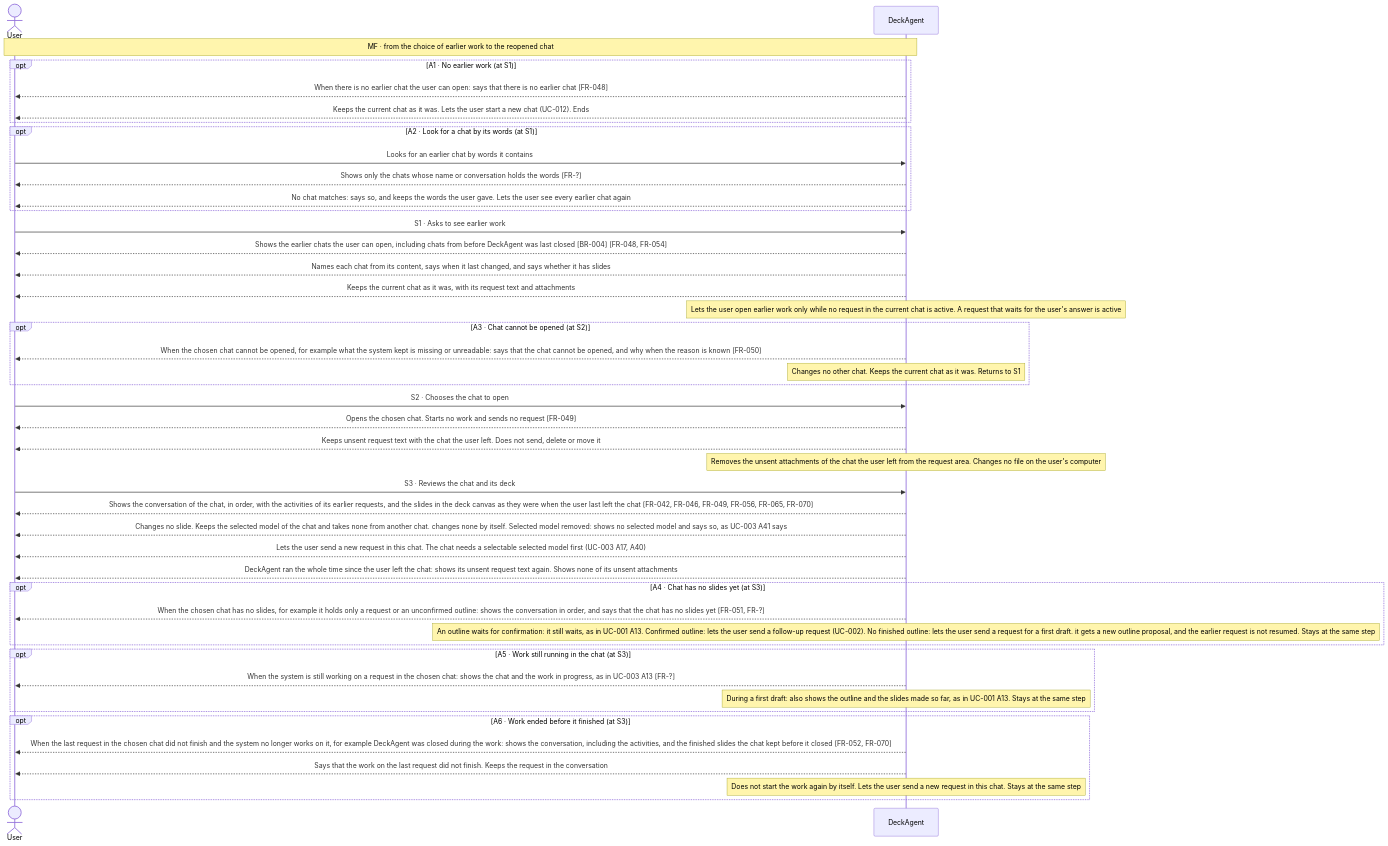
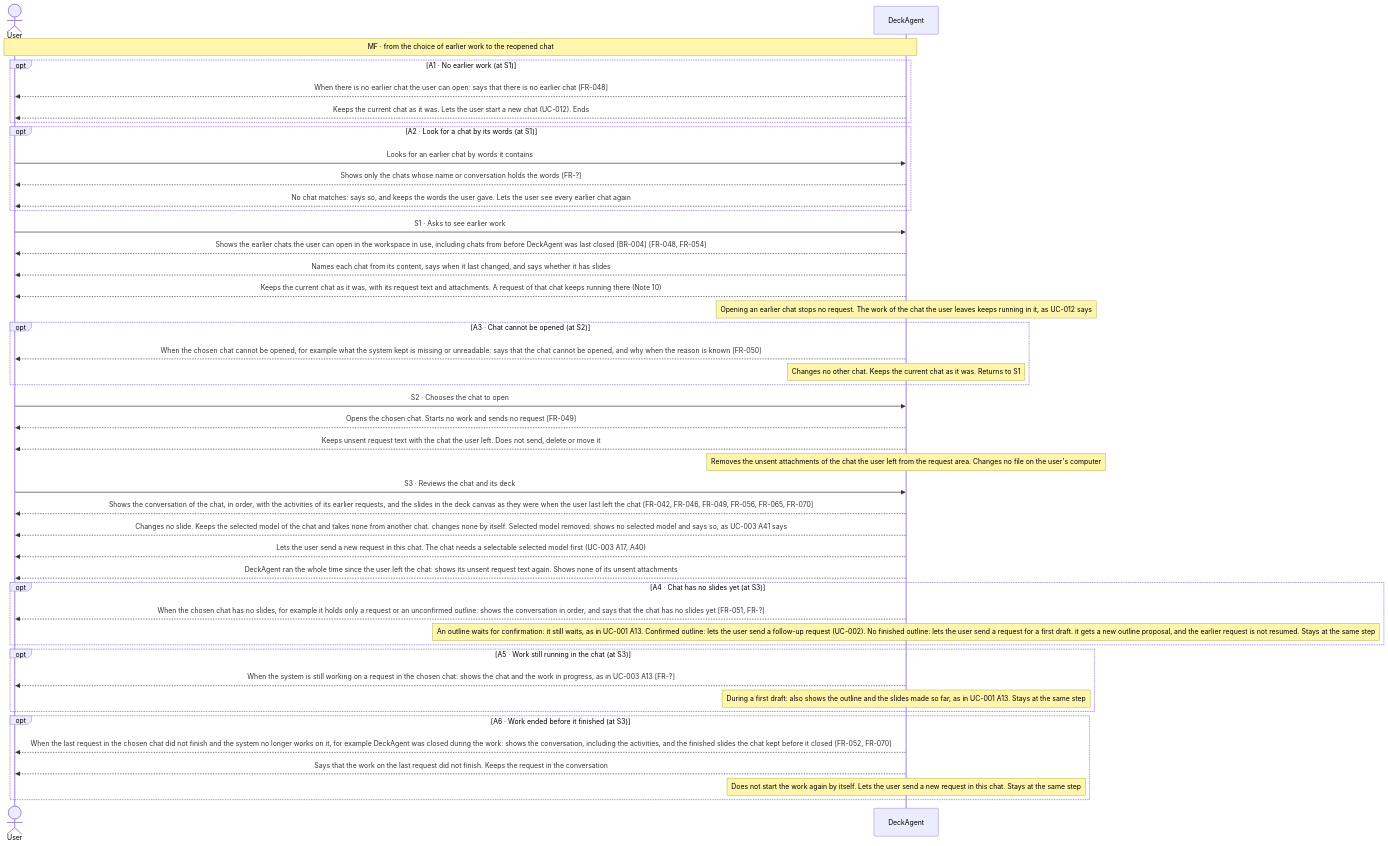
The diagram in docs/spec/03-use-cases/UC-006.md (Luke23127006/DeckAgent), drawn with Mermaid before and after one commit. The commit also changed other lines of this file and 30 other files, not shown here.

````diff
--- a/docs/spec/03-use-cases/UC-006.md
+++ b/docs/spec/03-use-cases/UC-006.md
@@ -43,46 +43,46 @@
 ```mermaid
 sequenceDiagram
     actor User
     participant DeckAgent
     Note over User,DeckAgent: MF · from the choice of earlier work to the reopened chat
     opt A1 · No earlier work (at S1)
         DeckAgent-->>User: When there is no earlier chat the user can open: says that there is no earlier chat [FR-048]
         DeckAgent-->>User: Keeps the current chat as it was. Lets the user start a new chat (UC-012). Ends
     end
     opt A2 · Look for a chat by its words (at S1)
         User->>DeckAgent: Looks for an earlier chat by words it contains
         DeckAgent-->>User: Shows only the chats whose name or conversation holds the words [FR-?]
         DeckAgent-->>User: No chat matches: says so, and keeps the words the user gave. Lets the user see every earlier chat again
     end
     User->>DeckAgent: S1 · Asks to see earlier work
-    DeckAgent-->>User: Shows the earlier chats the user can open, including chats from before DeckAgent was last closed [BR-004] [FR-048, FR-054]
+    DeckAgent-->>User: Shows the earlier chats the user can open in the workspace in use, including chats from before DeckAgent was last closed [BR-004] [FR-048, FR-054]
     DeckAgent-->>User: Names each chat from its content, says when it last changed, and says whether it has slides
-    DeckAgent-->>User: Keeps the current chat as it was, with its request text and attachments
-    note over DeckAgent: Lets the user open earlier work only while no request in the current chat is active. A request that waits for the user's answer is active
+    DeckAgent-->>User: Keeps the current chat as it was, with its request text and attachments. A request of that chat keeps running there (Note 10)
+    note over DeckAgent: Opening an earlier chat stops no request. The work of the chat the user leaves keeps running in it, as UC-012 says
     opt A3 · Chat cannot be opened (at S2)
         DeckAgent-->>User: When the chosen chat cannot be opened, for example what the system kept is missing or unreadable: says that the chat cannot be opened, and why when the reason is known [FR-050]
         note over DeckAgent: Changes no other chat. Keeps the current chat as it was. Returns to S1
     end
     User->>DeckAgent: S2 · Chooses the chat to open
     DeckAgent-->>User: Opens the chosen chat. Starts no work and sends no request [FR-049]
     DeckAgent-->>User: Keeps unsent request text with the chat the user left. Does not send, delete or move it
     note over DeckAgent: Removes the unsent attachments of the chat the user left from the request area. Changes no file on the user's computer
     User->>DeckAgent: S3 · Reviews the chat and its deck
     DeckAgent-->>User: Shows the conversation of the chat, in order, with the activities of its earlier requests, and the slides in the deck canvas as they were when the user last left the chat [FR-042, FR-046, FR-049, FR-056, FR-065, FR-070]
     DeckAgent-->>User: Changes no slide. Keeps the selected model of the chat and takes none from another chat. changes none by itself. Selected model removed: shows no selected model and says so, as UC-003 A41 says
     DeckAgent-->>User: Lets the user send a new request in this chat. The chat needs a selectable selected model first (UC-003 A17, A40)
     DeckAgent-->>User: DeckAgent ran the whole time since the user left the chat: shows its unsent request text again. Shows none of its unsent attachments
     opt A4 · Chat has no slides yet (at S3)
         DeckAgent-->>User: When the chosen chat has no slides, for example it holds only a request or an unconfirmed outline: shows the conversation in order, and says that the chat has no slides yet [FR-051, FR-?]
         note over DeckAgent: An outline waits for confirmation: it still waits, as in UC-001 A13. Confirmed outline: lets the user send a follow-up request (UC-002). No finished outline: lets the user send a request for a first draft. it gets a new outline proposal, and the earlier request is not resumed. Stays at the same step
     end
     opt A5 · Work still running in the chat (at S3)
         DeckAgent-->>User: When the system is still working on a request in the chosen chat: shows the chat and the work in progress, as in UC-003 A13 [FR-?]
         note over DeckAgent: During a first draft: also shows the outline and the slides made so far, as in UC-001 A13. Stays at the same step
     end
     opt A6 · Work ended before it finished (at S3)
         DeckAgent-->>User: When the last request in the chosen chat did not finish and the system no longer works on it, for example DeckAgent was closed during the work: shows the conversation, including the activities, and the finished slides the chat kept before it closed [FR-052, FR-070]
         DeckAgent-->>User: Says that the work on the last request did not finish. Keeps the request in the conversation
         note over DeckAgent: Does not start the work again by itself. Lets the user send a new request in this chat. Stays at the same step
     end
 ```
````
